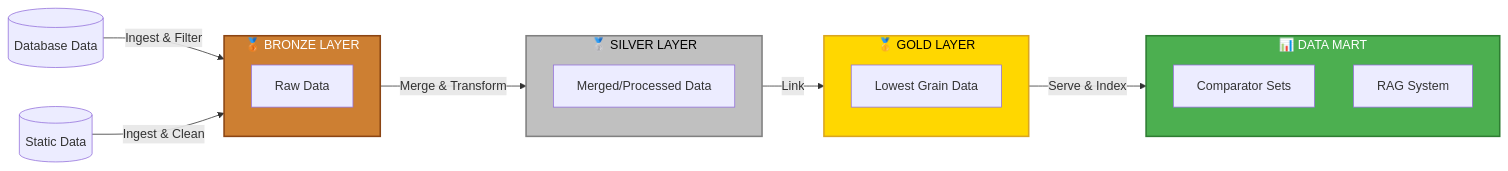
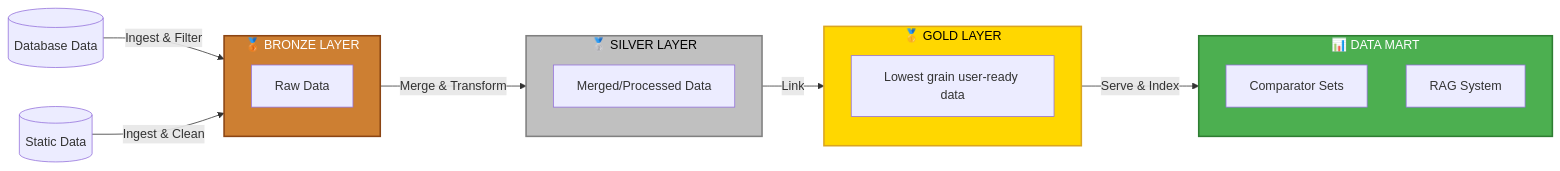
One commit to DFE-Digital/education-benchmarking-and-insights changed the diagram in documentation/architecture/12_DfE-Databricks.md. Above: the diagram before and after it, drawn with Mermaid.

Commit message:
reword gold layer description

````diff
--- a/documentation/architecture/12_DfE-Databricks.md
+++ b/documentation/architecture/12_DfE-Databricks.md
@@ -21,45 +21,45 @@
 ```mermaid
 flowchart LR
     %% Data Sources
     DB[(Database Data)]
     STATIC[(Static Data)]
     
     %% Bronze Layer
     subgraph BRONZE ["🥉 BRONZE LAYER"]
         RAW[Raw Data]
     end
     
     %% Silver Layer
     subgraph SILVER ["🥈 SILVER LAYER"]
         MERGE[Merged/Processed Data]
     end
     
     %% Gold Layer
     subgraph GOLD ["🥇 GOLD LAYER"]
-        AGGR[Lowest Grain Data]
+        AGGR[Lowest grain user-ready data]
     end
     
     %% Data Mart
     subgraph MART ["📊 DATA MART"]
         COMP[Comparator Sets]
         RAG[RAG System]
     end
     
     %% Flow connections with transformation labels
     DB -->|Ingest & Filter| BRONZE
     STATIC -->|Ingest & Clean| BRONZE
     BRONZE -->|Merge & Transform| SILVER
     SILVER -->|Link| GOLD
     GOLD -->|Serve & Index| MART
     
     %% Styling
     classDef bronzeStyle fill:#CD7F32,stroke:#8B4513,stroke-width:2px,color:#fff
     classDef silverStyle fill:#C0C0C0,stroke:#808080,stroke-width:2px,color:#000
     classDef goldStyle fill:#FFD700,stroke:#DAA520,stroke-width:2px,color:#000
     classDef martStyle fill:#4CAF50,stroke:#2E7D32,stroke-width:2px,color:#fff
     
     class BRONZE bronzeStyle
     class SILVER silverStyle
     class GOLD goldStyle
     class MART martStyle
 ```
````
